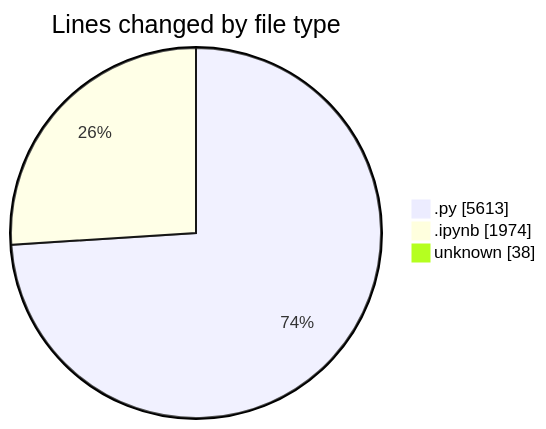
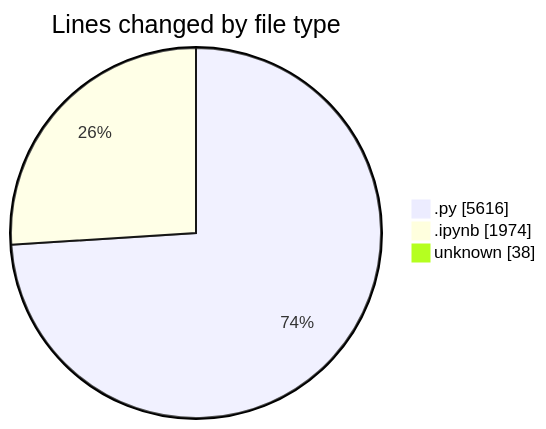
One commit to MatusMokan/code-tracking changed the first of 2 diagrams in 2025-03-21/myws__workspace_/README.md. Above: the diagram before and after it, drawn with Mermaid. The commit also changed other lines of this file and 1 other file, not shown here.

````diff
--- a/2025-03-21/myws__workspace_/README.md
+++ b/2025-03-21/myws__workspace_/README.md
@@ -25,7 +25,7 @@
 ```mermaid
 pie showData
 title Lines changed by file type
-".py" : 5613
+".py" : 5616
 ".ipynb" : 1974
 "unknown" : 38
 ```
````
